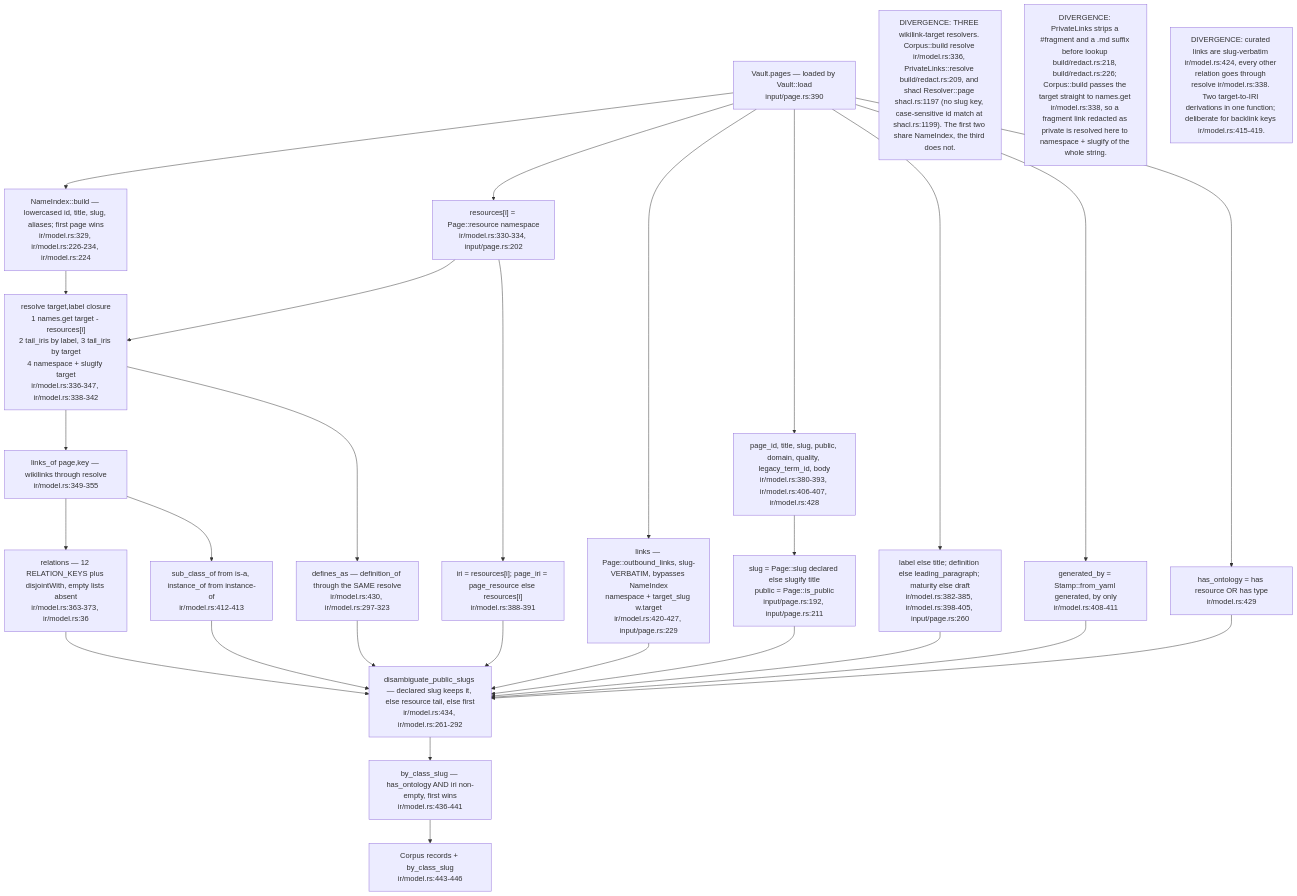
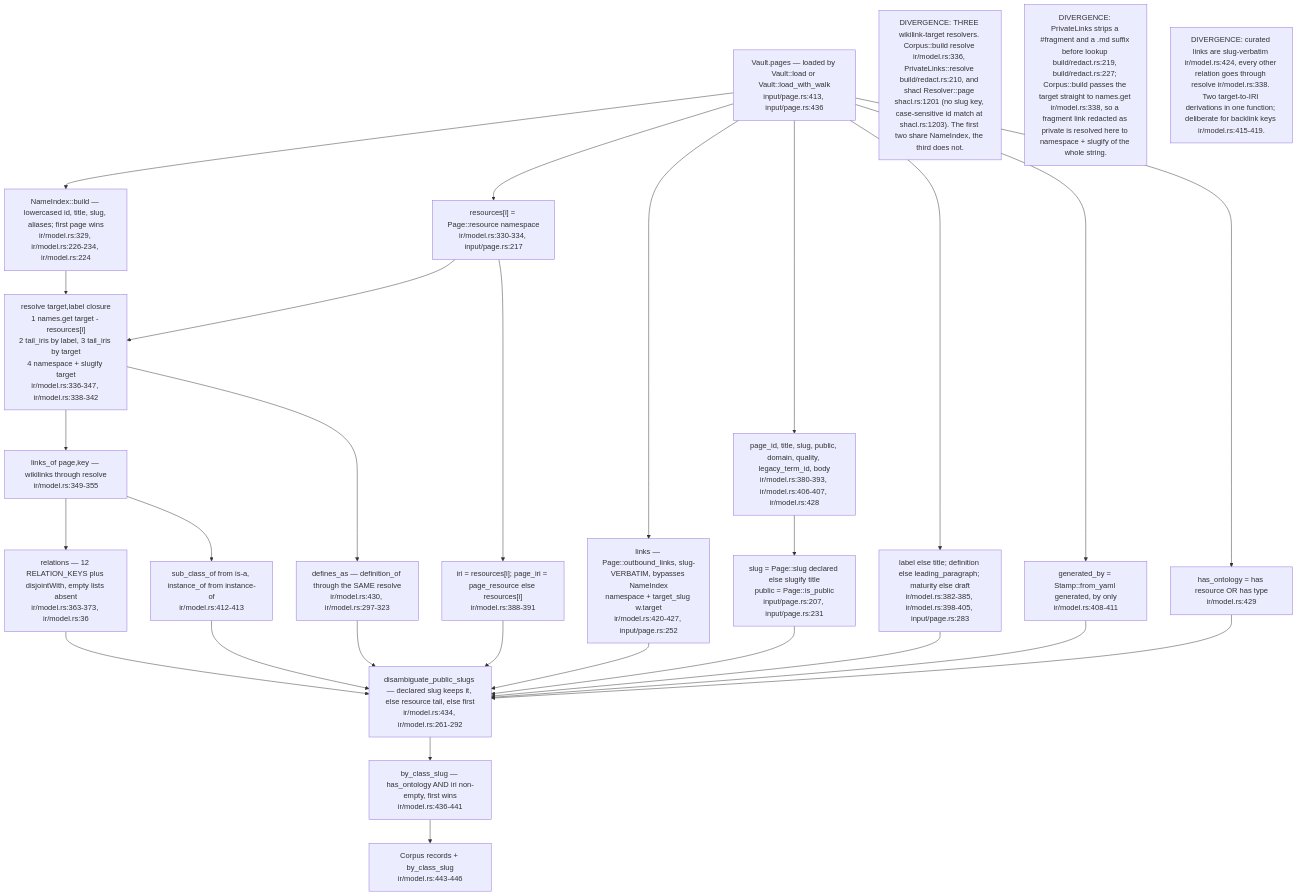
Before and after one commit to DreamLab-AI/VisionFlow: the first of 6 diagrams in docs/diagrams/ontomark/02-ir-corpus-projection-and-redaction.md, drawn with Mermaid. The commit also changed other lines of this file and 10 other files, not shown here.

First line of the commit message:
docs(diagrams): re-stamp the ontomark corpus at ee9e04a; OM-06 machine scope and ingest contract

````diff
--- a/docs/diagrams/ontomark/02-ir-corpus-projection-and-redaction.md
+++ b/docs/diagrams/ontomark/02-ir-corpus-projection-and-redaction.md
@@ -33,45 +33,45 @@
 ```mermaid
 flowchart TD
-    VAULT["Vault.pages — loaded by Vault::load<br/>input/page.rs:390"]
+    VAULT["Vault.pages — loaded by Vault::load or Vault::load_with_walk<br/>input/page.rs:413, input/page.rs:436"]
     NAMES["NameIndex::build — lowercased id, title, slug, aliases; first page wins<br/>ir/model.rs:329, ir/model.rs:226-234, ir/model.rs:224"]
-    RES["resources[i] = Page::resource namespace<br/>ir/model.rs:330-334, input/page.rs:202"]
+    RES["resources[i] = Page::resource namespace<br/>ir/model.rs:330-334, input/page.rs:217"]
     RESOLVE["resolve target,label closure<br/>1 names.get target - resources[i]<br/>2 tail_iris by label, 3 tail_iris by target<br/>4 namespace + slugify target<br/>ir/model.rs:336-347, ir/model.rs:338-342"]
     LINKSOF["links_of page,key — wikilinks through resolve<br/>ir/model.rs:349-355"]
     REL["relations — 12 RELATION_KEYS plus disjointWith, empty lists absent<br/>ir/model.rs:363-373, ir/model.rs:36"]
     ISA["sub_class_of from is-a, instance_of from instance-of<br/>ir/model.rs:412-413"]
-    CURATED["links — Page::outbound_links, slug-VERBATIM, bypasses NameIndex<br/>namespace + target_slug w.target<br/>ir/model.rs:420-427, input/page.rs:229"]
+    CURATED["links — Page::outbound_links, slug-VERBATIM, bypasses NameIndex<br/>namespace + target_slug w.target<br/>ir/model.rs:420-427, input/page.rs:252"]
     DEFS["defines_as — definition_of through the SAME resolve<br/>ir/model.rs:430, ir/model.rs:297-323"]
     SCALARS["page_id, title, slug, public, domain, quality, legacy_term_id, body<br/>ir/model.rs:380-393, ir/model.rs:406-407, ir/model.rs:428"]
-    SLUGSRC["slug = Page::slug declared else slugify title<br/>public = Page::is_public<br/>input/page.rs:192, input/page.rs:211"]
+    SLUGSRC["slug = Page::slug declared else slugify title<br/>public = Page::is_public<br/>input/page.rs:207, input/page.rs:231"]
     IRIS["iri = resources[i]; page_iri = page_resource else resources[i]<br/>ir/model.rs:388-391"]
-    TEXTS["label else title; definition else leading_paragraph; maturity else draft<br/>ir/model.rs:382-385, ir/model.rs:398-405, input/page.rs:260"]
+    TEXTS["label else title; definition else leading_paragraph; maturity else draft<br/>ir/model.rs:382-385, ir/model.rs:398-405, input/page.rs:283"]
     GEN["generated_by = Stamp::from_yaml generated, by only<br/>ir/model.rs:408-411"]
     HASONT["has_ontology = has resource OR has type<br/>ir/model.rs:429"]
     DISAMB["disambiguate_public_slugs — declared slug keeps it, else resource tail, else first<br/>ir/model.rs:434, ir/model.rs:261-292"]
     BYSLUG["by_class_slug — has_ontology AND iri non-empty, first wins<br/>ir/model.rs:436-441"]
     OUT["Corpus records + by_class_slug<br/>ir/model.rs:443-446"]
     VAULT --> NAMES --> RESOLVE
     VAULT --> RES --> RESOLVE
     RESOLVE --> LINKSOF --> REL
     LINKSOF --> ISA
     RESOLVE --> DEFS
     VAULT --> CURATED
     VAULT --> SCALARS --> SLUGSRC
     RES --> IRIS
     VAULT --> TEXTS
     VAULT --> GEN
     VAULT --> HASONT
     REL --> DISAMB
     ISA --> DISAMB
     CURATED --> DISAMB
     DEFS --> DISAMB
     SLUGSRC --> DISAMB
     IRIS --> DISAMB
     TEXTS --> DISAMB
     GEN --> DISAMB
     HASONT --> DISAMB
     DISAMB --> BYSLUG --> OUT
-    n1["DIVERGENCE: THREE wikilink-target resolvers. Corpus::build resolve ir/model.rs:336, PrivateLinks::resolve build/redact.rs:209, and shacl Resolver::page shacl.rs:1197 (no slug key, case-sensitive id match at shacl.rs:1199). The first two share NameIndex, the third does not."]
-    n2["DIVERGENCE: PrivateLinks strips a #fragment and a .md suffix before lookup build/redact.rs:218, build/redact.rs:226; Corpus::build passes the target straight to names.get ir/model.rs:338, so a fragment link redacted as private is resolved here to namespace + slugify of the whole string."]
+    n1["DIVERGENCE: THREE wikilink-target resolvers. Corpus::build resolve ir/model.rs:336, PrivateLinks::resolve build/redact.rs:210, and shacl Resolver::page shacl.rs:1201 (no slug key, case-sensitive id match at shacl.rs:1203). The first two share NameIndex, the third does not."]
+    n2["DIVERGENCE: PrivateLinks strips a #fragment and a .md suffix before lookup build/redact.rs:219, build/redact.rs:227; Corpus::build passes the target straight to names.get ir/model.rs:338, so a fragment link redacted as private is resolved here to namespace + slugify of the whole string."]
     n3["DIVERGENCE: curated links are slug-verbatim ir/model.rs:424, every other relation goes through resolve ir/model.rs:338. Two target-to-IRI derivations in one function; deliberate for backlink keys ir/model.rs:415-419."]
 ```
````
